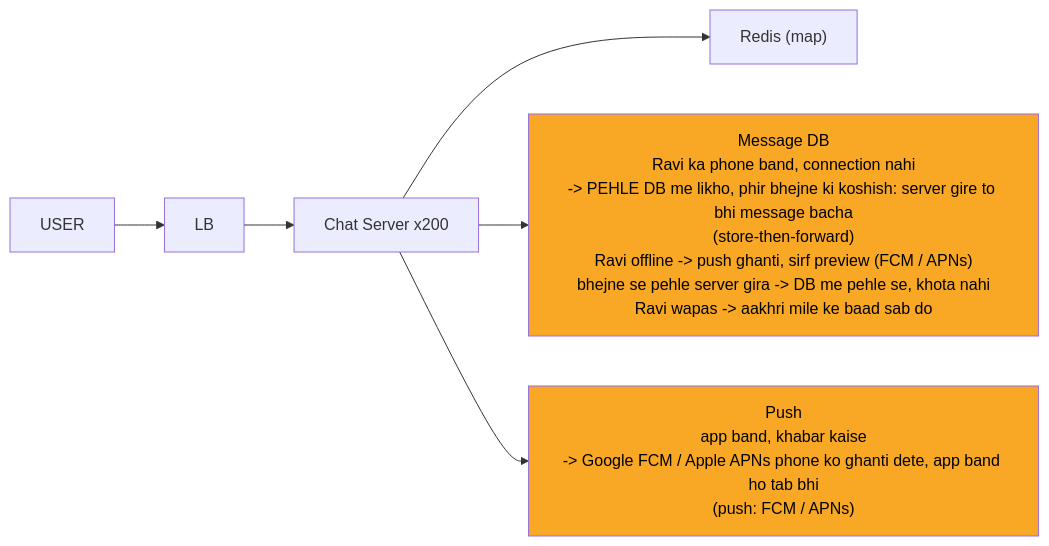
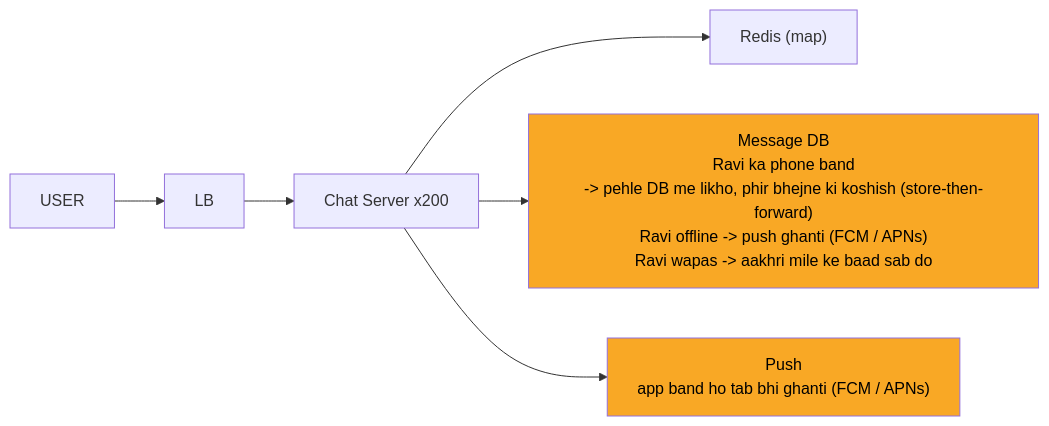
One commit to ArpanMaheshwari144/Prep changed the diagram in 04_HLD/SYSTEM_DESIGNS/14_chat_messaging/img/c3.mmd. Above: the diagram before and after it, drawn with Mermaid. The commit also changed 43 other files, not shown here.

```diff
--- a/04_HLD/SYSTEM_DESIGNS/14_chat_messaging/img/c3.mmd
+++ b/04_HLD/SYSTEM_DESIGNS/14_chat_messaging/img/c3.mmd
@@ -1,15 +1,15 @@
 %%{init: {"flowchart": {"wrappingWidth": 450}}}%%
 flowchart LR
     n_U["USER"]
     n_LB["LB"]
     n_CS["Chat Server x200"]
     n_R["Redis (map)"]
-    n_DB["Message DB<br/>Ravi ka phone band, connection nahi<br/>-> PEHLE DB me likho, phir bhejne ki koshish: server gire to bhi message bacha<br/>(store-then-forward)<br/>Ravi offline -> push ghanti, sirf preview (FCM / APNs)<br/>bhejne se pehle server gira -> DB me pehle se, khota nahi<br/>Ravi wapas -> aakhri mile ke baad sab do"]
-    n_P["Push<br/>app band, khabar kaise<br/>-> Google FCM / Apple APNs phone ko ghanti dete, app band ho tab bhi<br/>(push: FCM / APNs)"]
+    n_DB["Message DB<br/>Ravi ka phone band<br/>-> pehle DB me likho, phir bhejne ki koshish (store-then-forward)<br/>Ravi offline -> push ghanti (FCM / APNs)<br/>Ravi wapas -> aakhri mile ke baad sab do"]
+    n_P["Push<br/>app band ho tab bhi ghanti (FCM / APNs)"]
     n_U --> n_LB
     n_LB --> n_CS
     n_CS --> n_R
     n_CS --> n_DB
     n_CS --> n_P
     style n_DB fill:#f9a825,color:#000
     style n_P fill:#f9a825,color:#000
```
